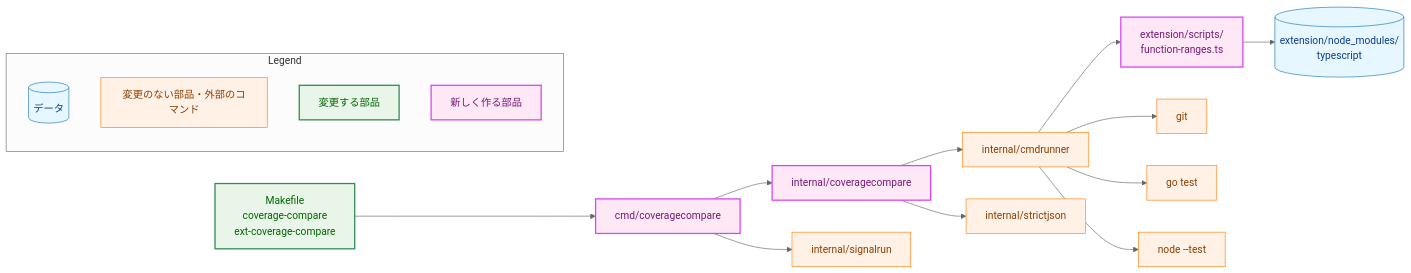
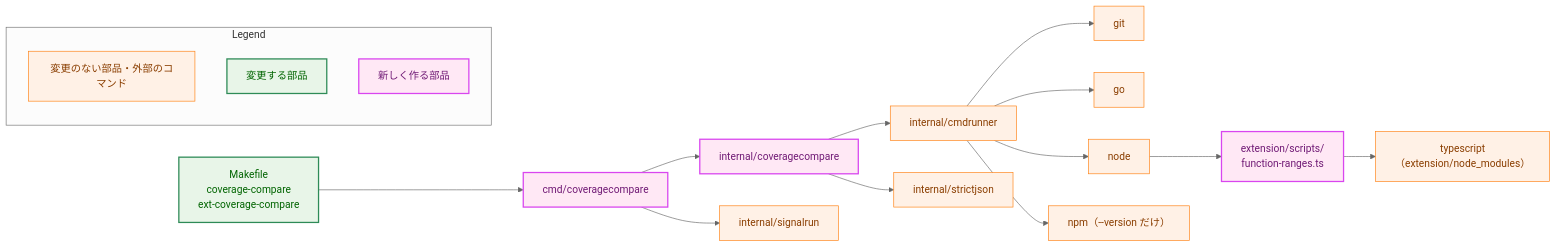
The second of 4 diagrams in docs/tasks/0055_coverage_compare/02_architecture.md (isseis/yt2column), drawn with Mermaid (neutral theme) before and after one commit. The commit also changed other lines of this file, not shown here.

First line of the commit message:
docs(0055): address the architecture review and Japanese prose findings

````diff
--- a/docs/tasks/0055_coverage_compare/02_architecture.md
+++ b/docs/tasks/0055_coverage_compare/02_architecture.md
@@ -92,46 +99,44 @@
 ```mermaid
 flowchart LR
-    classDef data fill:#e6f7ff,stroke:#1f77b4,stroke-width:1px,color:#0b3d91;
     classDef process fill:#fff1e6,stroke:#ff7f0e,stroke-width:1px,color:#8a3e00;
     classDef enhanced fill:#e8f5e8,stroke:#2e8b57,stroke-width:2px,color:#006400;
     classDef newpkg fill:#ffe8f5,stroke:#d946ef,stroke-width:2px,color:#701a75;
 
     MK["Makefile<br>coverage-compare<br>ext-coverage-compare"]
     MAIN["cmd/coveragecompare"]
     CORE["internal/coveragecompare"]
     RANGES["extension/scripts/<br>function-ranges.ts"]
     RUNNER["internal/cmdrunner"]
     SIG["internal/signalrun"]
     SJ["internal/strictjson"]
     GIT["git"]
-    GO["go test"]
-    NODE["node --test"]
-    TS[("extension/node_modules/<br>typescript")]
+    GO["go"]
+    NODE["node"]
+    NPM["npm（--version だけ）"]
+    TS["typescript<br>（extension/node_modules）"]
 
     MK --> MAIN
     MAIN --> SIG
     MAIN --> CORE
     CORE --> RUNNER
     CORE --> SJ
     RUNNER --> GIT
     RUNNER --> GO
     RUNNER --> NODE
-    RUNNER --> RANGES
+    RUNNER --> NPM
+    NODE --> RANGES
     RANGES --> TS
 
     class MK enhanced
     class MAIN,CORE,RANGES newpkg
-    class RUNNER,SIG,SJ,GIT,GO,NODE process
-    class TS data
+    class RUNNER,SIG,SJ,GIT,GO,NODE,NPM,TS process
 
     subgraph Legend["Legend"]
-        L1[("データ")]
-        L2["変更のない部品・外部のコマンド"]
-        L3["変更する部品"]
-        L4["新しく作る部品"]
+        L1["変更のない部品・外部のコマンド"]
+        L2["変更する部品"]
+        L3["新しく作る部品"]
     end
-    class L1 data
-    class L2 process
-    class L3 enhanced
-    class L4 newpkg
+    class L1 process
+    class L2 enhanced
+    class L3 newpkg
 ```
````
